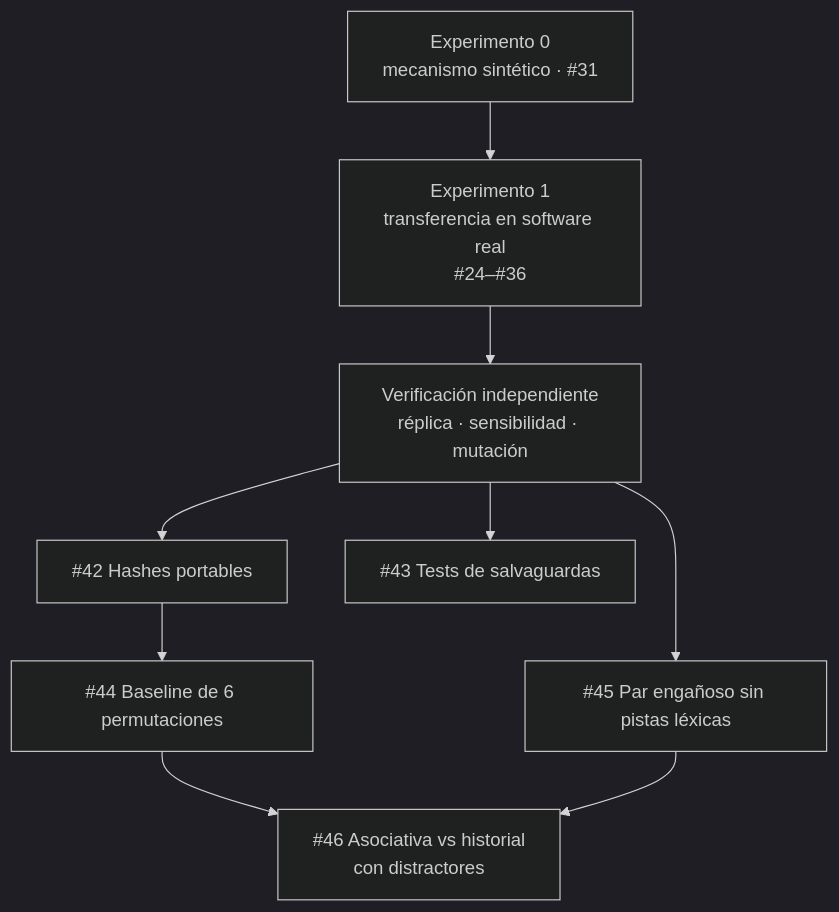
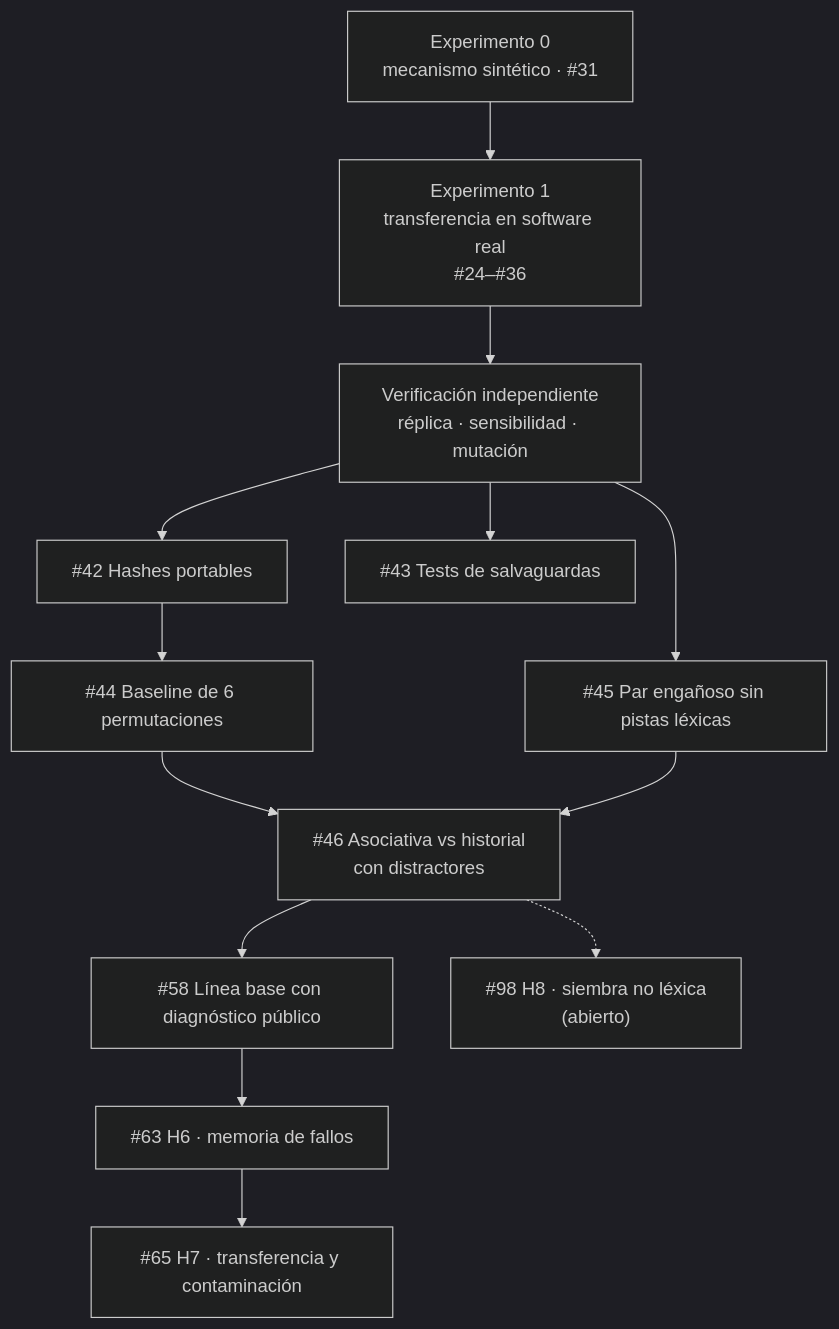
Diagram 12 of 12 in README.md (cherrera0001/Agents_Learning_Loops), drawn with Mermaid (dark theme) before and after one commit. The commit also changed other lines of this file and 3 other files, not shown here.

First line of the commit message:
docs: campañas posteriores a H4, hoja de ruta con H8 y diagrama de la revisión

````diff
--- a/README.md
+++ b/README.md
@@ -913,18 +953,24 @@
 ```mermaid
 flowchart TB
     E0["Experimento 0<br/>mecanismo sintético · #31"]
     E1["Experimento 1<br/>transferencia en software real<br/>#24–#36"]
     V["Verificación independiente<br/>réplica · sensibilidad · mutación"]
     H42["#42 Hashes portables"]
     H43["#43 Tests de salvaguardas"]
     H44["#44 Baseline de 6 permutaciones"]
     H45["#45 Par engañoso sin pistas léxicas"]
     H46["#46 Asociativa vs historial<br/>con distractores"]
+    H58["#58 Línea base con diagnóstico público"]
+    H63["#63 H6 · memoria de fallos"]
+    H65["#65 H7 · transferencia y contaminación"]
+    H98["#98 H8 · siembra no léxica<br/>(abierto)"]
 
     E0 --> E1 --> V
     V --> H42 --> H44
     V --> H43
     V --> H45
     H44 --> H46
     H45 --> H46
+    H46 --> H58 --> H63 --> H65
+    H46 -.-> H98
 ```
````
